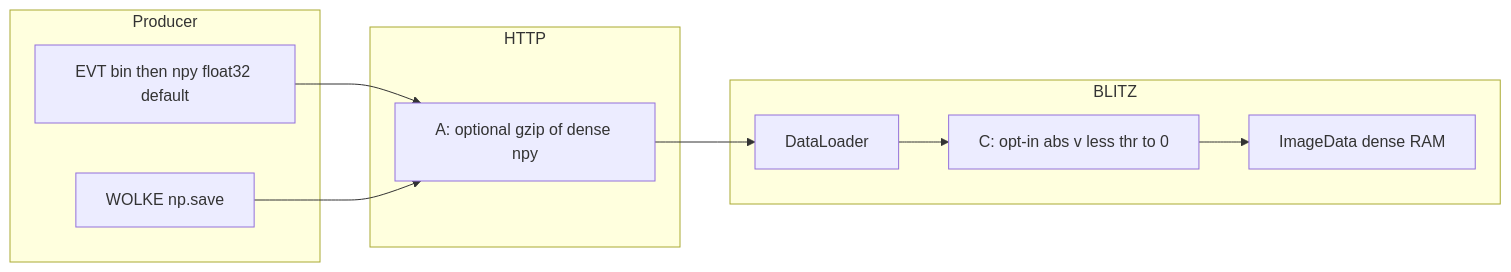
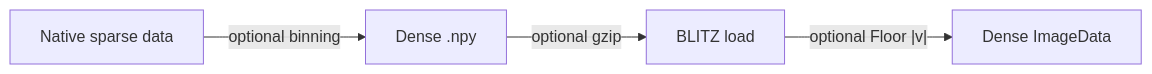
The diagram in docs/sparse_matrices.md (PiMaV/WETTER), drawn with Mermaid before and after one commit. The commit also changed other lines of this file, not shown here.

````diff
--- a/docs/sparse_matrices.md
+++ b/docs/sparse_matrices.md
@@ -25,20 +18,6 @@
 ```mermaid
 flowchart LR
-  subgraph produce [Producer]
-    evt["EVT bin then npy float32 default"]
-    wolke["WOLKE np.save"]
-  end
-  subgraph wire [HTTP]
-    A["A: optional gzip of dense npy"]
-  end
-  subgraph blitzLoad [BLITZ]
-    dl["DataLoader"]
-    C["C: opt-in abs v less thr to 0"]
-    idata["ImageData dense RAM"]
-  end
-  evt --> A
-  wolke --> A
-  A --> dl
-  dl --> C
-  C --> idata
+    native["Native sparse data"] -->|"optional binning"| dense["Dense .npy"]
+    dense -->|"optional gzip"| load["BLITZ load"]
+    load -->|"optional Floor |v|"| ram["Dense ImageData"]
 ```
````
